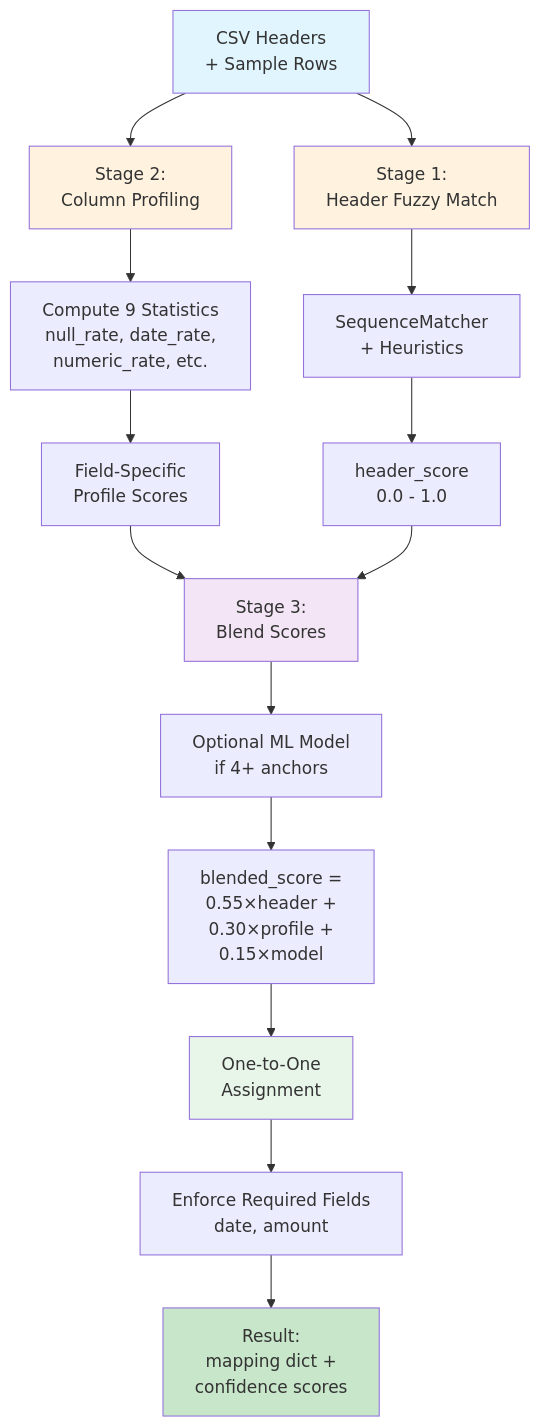
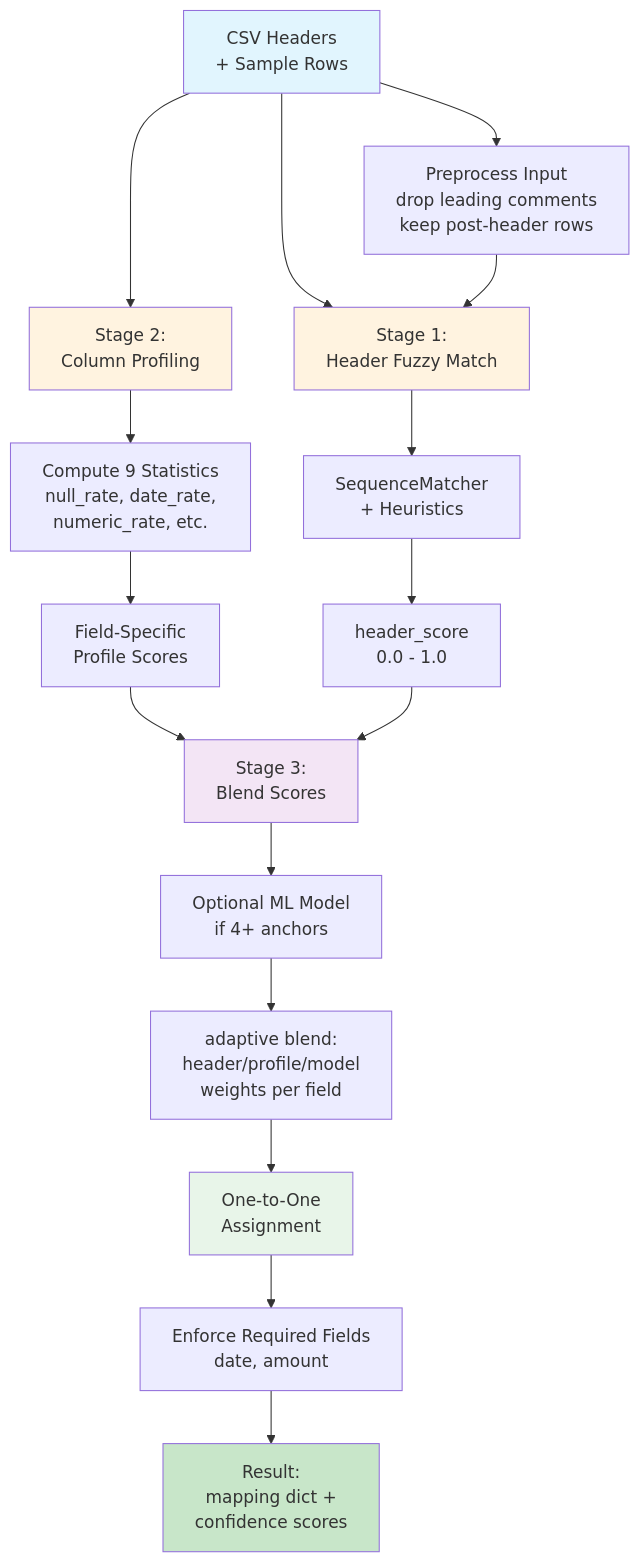
The second of 4 diagrams in docs/csv-import.md (alexsk7/finn), drawn with Mermaid before and after one commit. The commit also changed other lines of this file and 2 other files, not shown here.

````diff
--- a/docs/csv-import.md
+++ b/docs/csv-import.md
@@ -95,27 +98,29 @@
 ```mermaid
 graph TD
     A["CSV Headers<br/>+ Sample Rows"] --> B["Stage 1:<br/>Header Fuzzy Match"]
+    A --> A1["Preprocess Input<br/>drop leading comments<br/>keep post-header rows"]
+    A1 --> B
     A --> C["Stage 2:<br/>Column Profiling"]
     C --> D["Compute 9 Statistics<br/>null_rate, date_rate,<br/>numeric_rate, etc."]
     D --> E["Field-Specific<br/>Profile Scores"]
     
     B --> B1["SequenceMatcher<br/>+ Heuristics"]
     B1 --> B2["header_score<br/>0.0 - 1.0"]
     
     E --> F["Stage 3:<br/>Blend Scores"]
     B2 --> F
     
     F --> F1["Optional ML Model<br/>if 4+ anchors"]
-    F1 --> F2["blended_score =<br/>0.55×header +<br/>0.30×profile +<br/>0.15×model"]
+    F1 --> F2["adaptive blend:<br/>header/profile/model<br/>weights per field"]
     
     F2 --> G["One-to-One<br/>Assignment"]
     G --> H["Enforce Required Fields<br/>date, amount"]
     H --> I["Result:<br/>mapping dict +<br/>confidence scores"]
     
     style A fill:#e1f5fe
     style B fill:#fff3e0
     style C fill:#fff3e0
     style F fill:#f3e5f5
     style G fill:#e8f5e9
     style I fill:#c8e6c9
 ```
````
